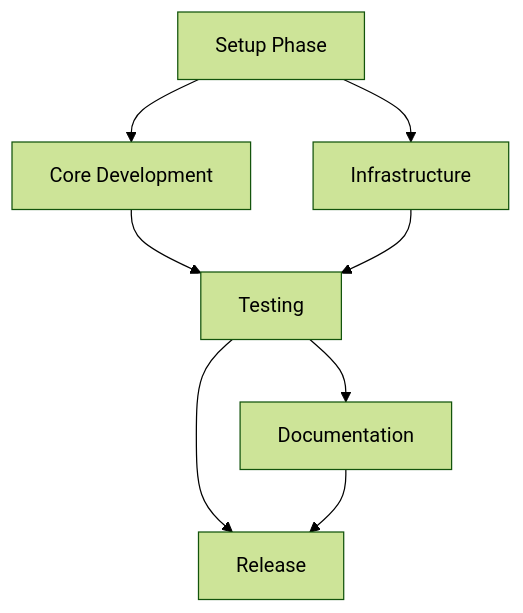
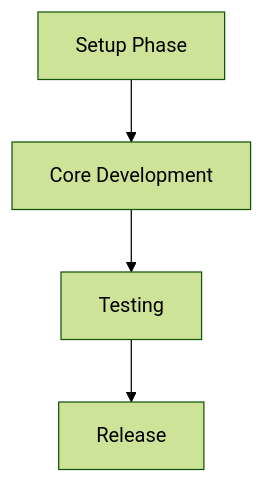
Before and after one commit to trose/ice-locator-mcp: the diagram in .qoder/quests/mobile-app-agent-tasks.md, drawn with Mermaid (forest theme). The commit also changed other lines of this file and 2 other files, not shown here.

````diff
--- a/.qoder/quests/mobile-app-agent-tasks.md
+++ b/.qoder/quests/mobile-app-agent-tasks.md
@@ -40,10 +19,6 @@
 ```mermaid
 graph TD
     A[Setup Phase] --> B[Core Development]
-    A --> C[Infrastructure]
-    B --> D[Testing]
-    C --> D
-    D --> E[Documentation]
-    D --> F[Release]
-    E --> F
+    B --> C[Testing]
+    C --> D[Release]
 ```
````
